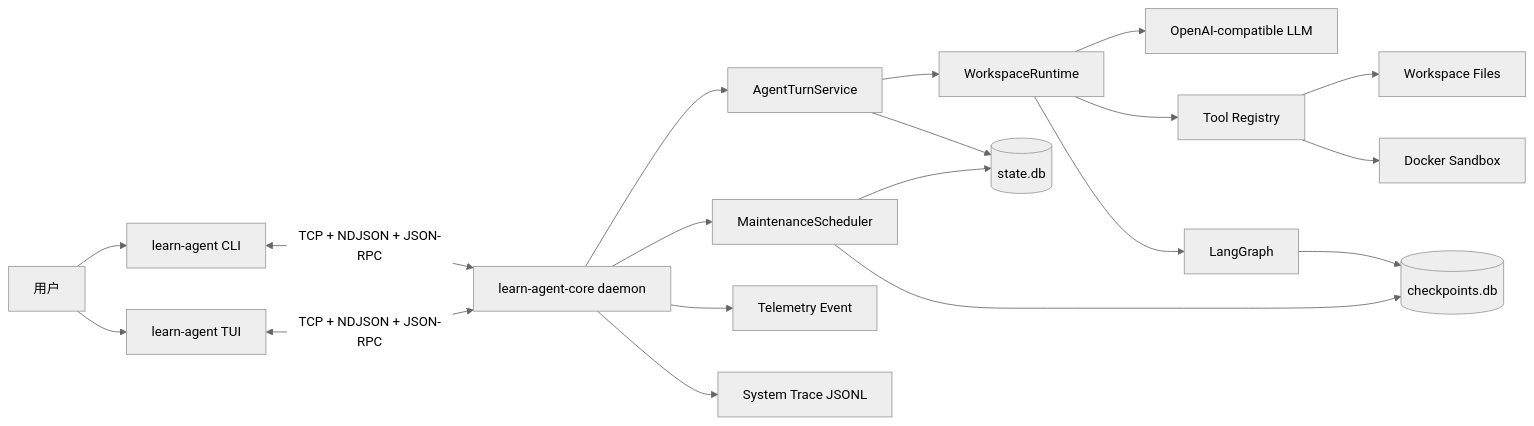
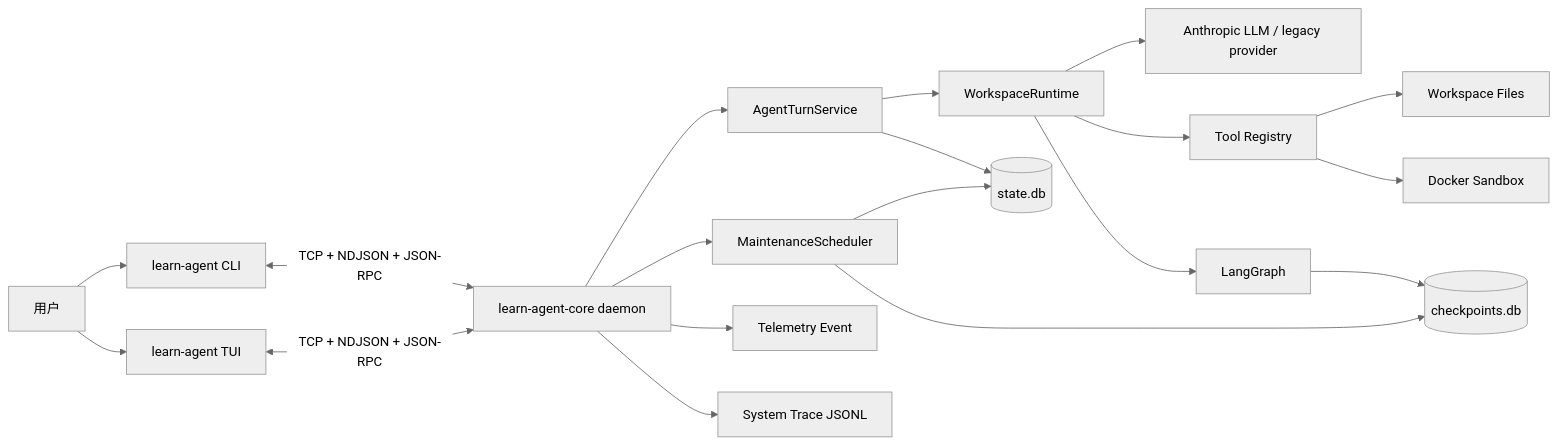
Before and after one commit to Dzheng2250/learn_langchain: the first of 2 diagrams in docs/architecture/system-overview.md, drawn with Mermaid (neutral theme). The commit also changed 44 other files, not shown here.

First line of the commit message:
refactor(llm): 切换 Anthropic Provider 并同步配置文档

````diff
--- a/docs/architecture/system-overview.md
+++ b/docs/architecture/system-overview.md
@@ -22,25 +22,25 @@
 ```mermaid
 flowchart LR
     User[用户] --> CLI[learn-agent CLI]
     User --> TUI[learn-agent TUI]
     CLI <-->|TCP + NDJSON + JSON-RPC| Core[learn-agent-core daemon]
     TUI <-->|TCP + NDJSON + JSON-RPC| Core
 
     Core --> Agent[AgentTurnService]
     Agent --> Runtime[WorkspaceRuntime]
-    Runtime --> LLM[OpenAI-compatible LLM]
+    Runtime --> LLM[Anthropic LLM / legacy provider]
     Runtime --> Tools[Tool Registry]
     Runtime --> Graph[LangGraph]
 
     Agent --> State[(state.db)]
     Graph --> Checkpoints[(checkpoints.db)]
     Tools --> Workspace[Workspace Files]
     Tools --> Docker[Docker Sandbox]
 
     Core --> Maintenance[MaintenanceScheduler]
     Maintenance --> State
     Maintenance --> Checkpoints
 
     Core --> Telemetry[Telemetry Event]
     Core --> Trace[System Trace JSONL]
 ```
````
